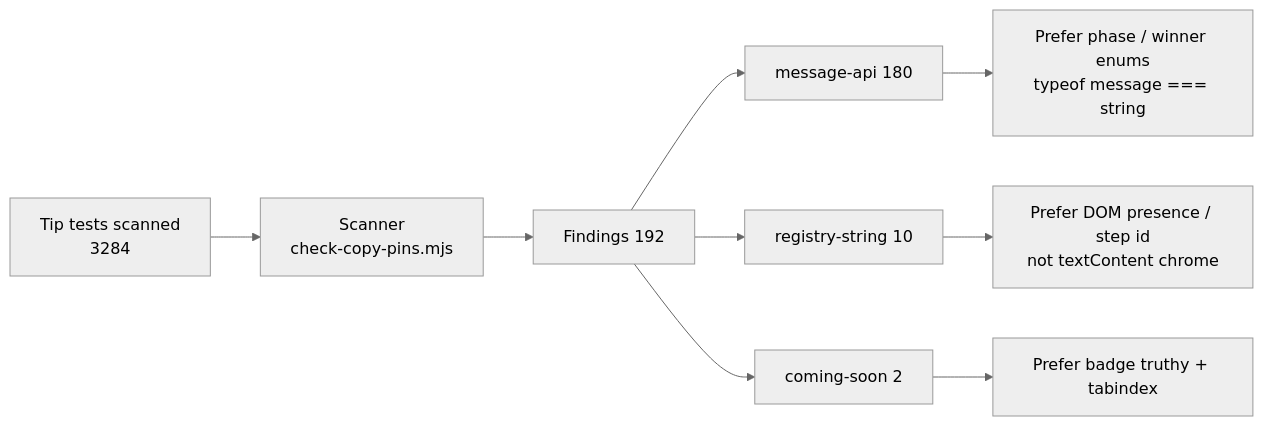
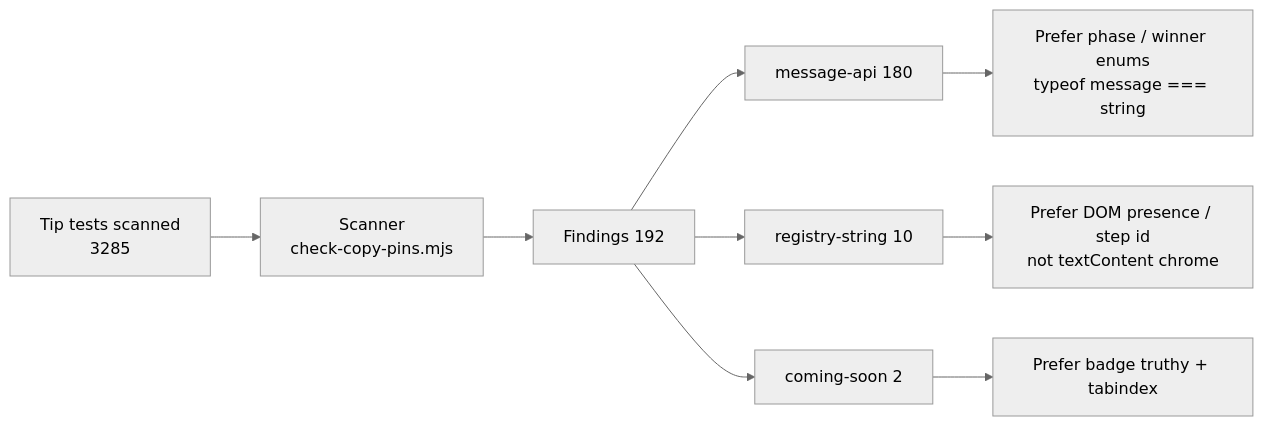
The second of 2 diagrams in docs/dev/copy-pins-residual-inventory-post898-2026-10-10.md (fuzzywigg/math-pentathlon), drawn with Mermaid before and after one commit. The commit also changed other lines of this file and 2 other files, not shown here.

First line of the commit message:
docs(q-mp-443): remeasure inventory at tip 85522638

````diff
--- a/docs/dev/copy-pins-residual-inventory-post898-2026-10-10.md
+++ b/docs/dev/copy-pins-residual-inventory-post898-2026-10-10.md
@@ -77,12 +77,12 @@
 ```mermaid
 %%{init: {"theme": "neutral"}}%%
 flowchart LR
-  A["Tip tests scanned<br/>3284"] --> B["Scanner<br/>check-copy-pins.mjs"]
+  A["Tip tests scanned<br/>3285"] --> B["Scanner<br/>check-copy-pins.mjs"]
   B --> C["Findings 192"]
   C --> D["message-api 180"]
   C --> E["registry-string 10"]
   C --> F["coming-soon 2"]
   D --> G["Prefer phase / winner enums<br/>typeof message === string"]
   E --> H["Prefer DOM presence / step id<br/>not textContent chrome"]
   F --> I["Prefer badge truthy + tabindex"]
 ```
````
